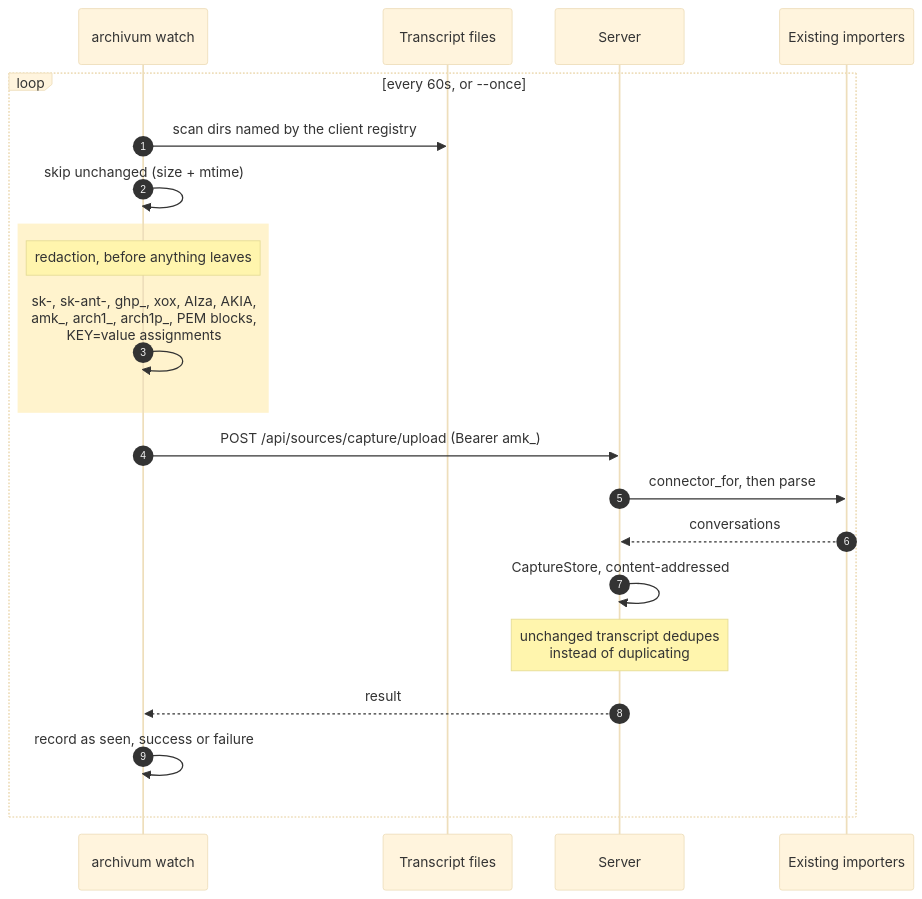
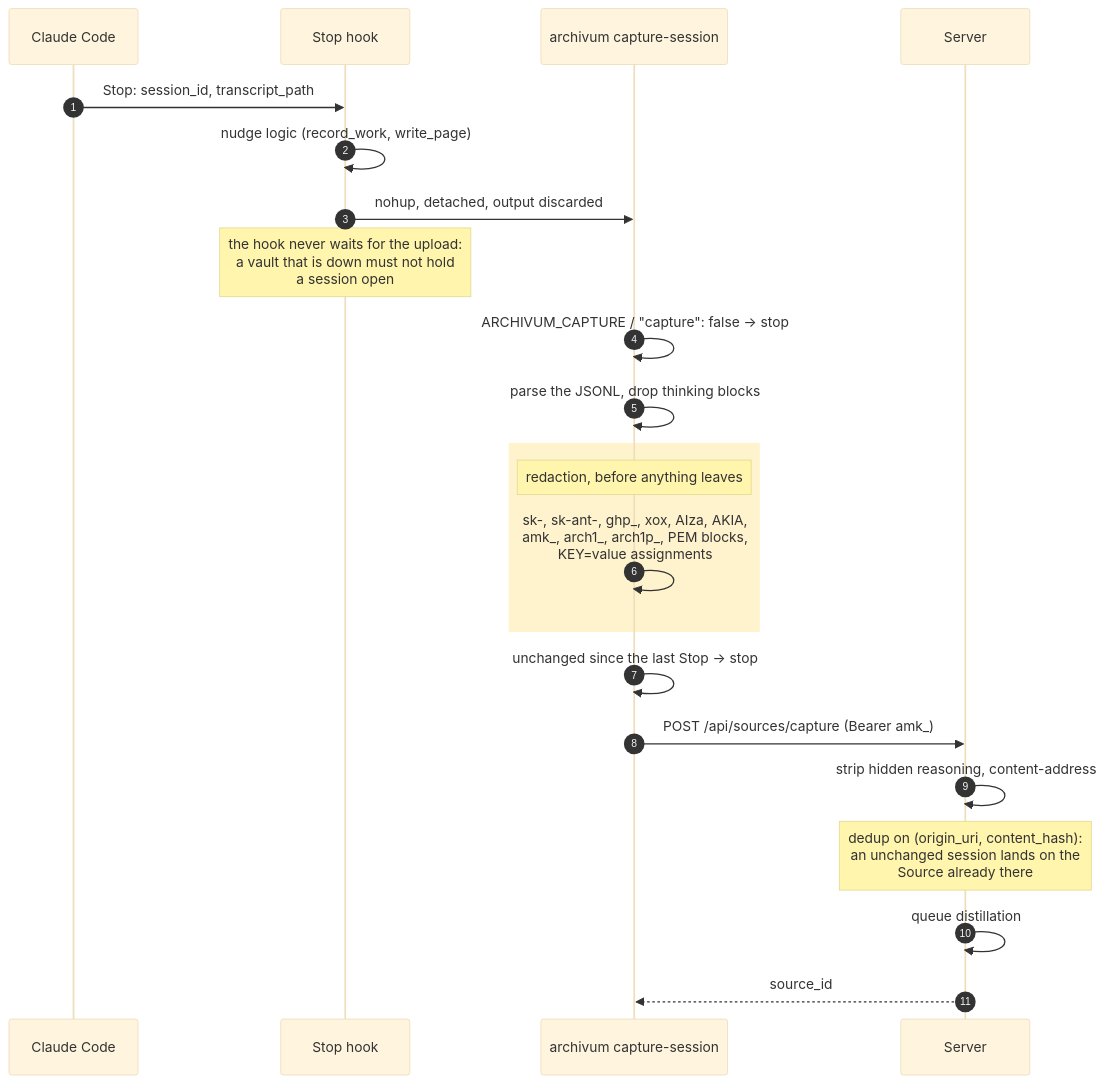
One commit to perceo-ai/archivum changed the fifth of 7 diagrams in docs/architecture/agent-setup-ux.md. Above: the diagram before and after it, drawn with Mermaid (base theme). The commit also changed other lines of this file and 48 other files, not shown here.

````diff
--- a/docs/architecture/agent-setup-ux.md
+++ b/docs/architecture/agent-setup-ux.md
@@ -164,26 +164,27 @@
 ```mermaid
 sequenceDiagram
     autonumber
-    participant W as archivum watch
-    participant F as Transcript files
+    participant CC as Claude Code
+    participant H as Stop hook
+    participant CLI as archivum capture-session
     participant S as Server
-    participant I as Existing importers
 
-    loop every 60s, or --once
-        W->>F: scan dirs named by the client registry
-        W->>W: skip unchanged (size + mtime)
+    CC->>H: Stop: session_id, transcript_path
+    H->>H: nudge logic (record_work, write_page)
+    H->>CLI: nohup, detached, output discarded
+    Note over H: the hook never waits for the upload:<br/>a vault that is down must not hold<br/>a session open
+    CLI->>CLI: ARCHIVUM_CAPTURE / "capture": false -> stop
+    CLI->>CLI: parse the JSONL, drop thinking blocks
 
-        rect rgb(255, 243, 205)
-            Note over W: redaction, before anything leaves
-            W->>W: sk-, sk-ant-, ghp_, xox, AIza, AKIA,<br/>amk_, arch1_, arch1p_, PEM blocks,<br/>KEY=value assignments
-        end
+    rect rgb(255, 243, 205)
+        Note over CLI: redaction, before anything leaves
+        CLI->>CLI: sk-, sk-ant-, ghp_, xox, AIza, AKIA,<br/>amk_, arch1_, arch1p_, PEM blocks,<br/>KEY=value assignments
+    end
 
-        W->>S: POST /api/sources/capture/upload (Bearer amk_)
-        S->>I: connector_for, then parse
-        I-->>S: conversations
-        S->>S: CaptureStore, content-addressed
-        Note over S: unchanged transcript dedupes<br/>instead of duplicating
-        S-->>W: result
-        W->>W: record as seen, success or failure
-    end
+    CLI->>CLI: unchanged since the last Stop -> stop
+    CLI->>S: POST /api/sources/capture (Bearer amk_)
+    S->>S: strip hidden reasoning, content-address
+    Note over S: dedup on (origin_uri, content_hash):<br/>an unchanged session lands on the<br/>Source already there
+    S->>S: queue distillation
+    S-->>CLI: source_id
 ```
````
